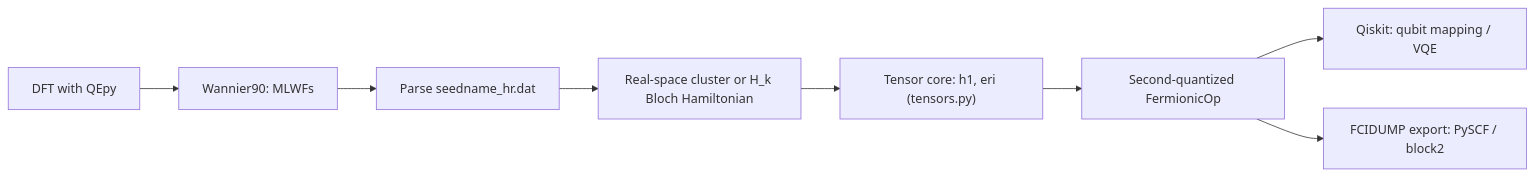
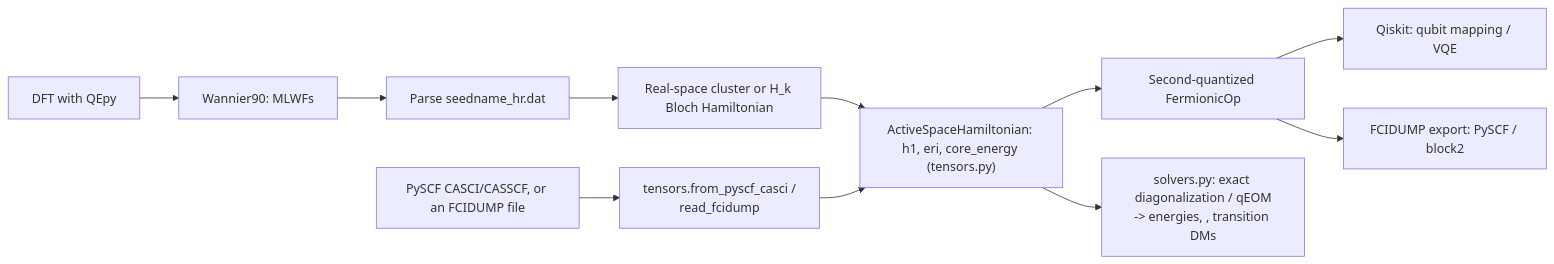
Before and after one commit to animan95/QIS_QE: the diagram in README.md, drawn with Mermaid. The commit also changed other lines of this file and 6 other files, not shown here.

````diff
--- a/README.md
+++ b/README.md
@@ -24,10 +29,13 @@
 ```mermaid
 flowchart LR
     A[DFT with QEpy] --> B[Wannier90: MLWFs]
     B --> C[Parse seedname_hr.dat]
+    P[PySCF CASCI/CASSCF, or an FCIDUMP file] --> D2["tensors.from_pyscf_casci /\nread_fcidump"]
     C --> D[Real-space cluster or H_k Bloch Hamiltonian]
-    D --> E["Tensor core: h1, eri (tensors.py)"]
+    D --> E["ActiveSpaceHamiltonian: h1, eri, core_energy (tensors.py)"]
+    D2 --> E
     E --> F[Second-quantized FermionicOp]
     F --> G[Qiskit: qubit mapping / VQE]
     F --> H[FCIDUMP export: PySCF / block2]
+    E --> I["solvers.py: exact diagonalization / qEOM\n-> energies, <S^2>, transition DMs"]
 ```
````
